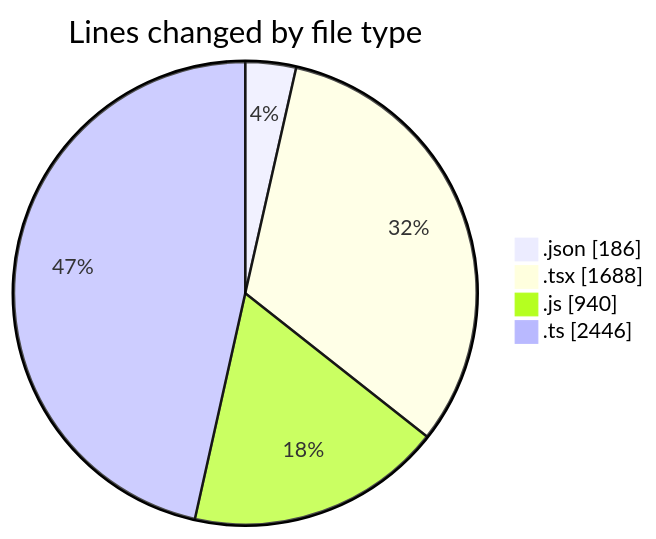
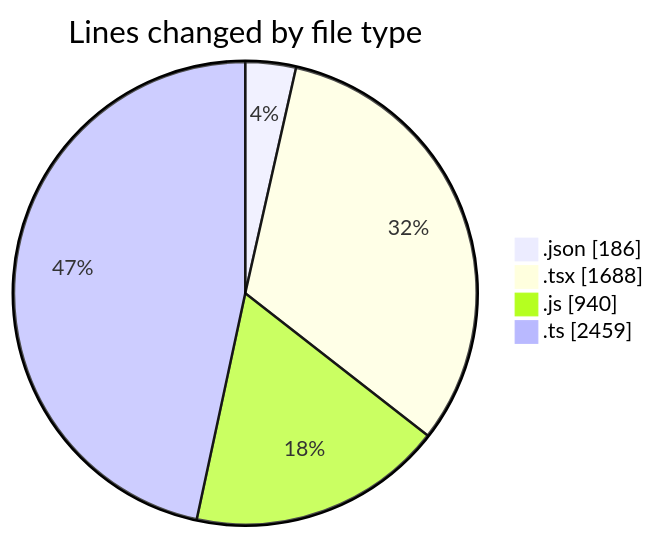
One commit to momahboobian/code-tracking changed the first of 2 diagrams in 2026-07-14/cda/README.md. Above: the diagram before and after it, drawn with Mermaid. The commit also changed other lines of this file and 1 other file, not shown here.

````diff
--- a/2026-07-14/cda/README.md
+++ b/2026-07-14/cda/README.md
@@ -46,8 +46,8 @@
 ```mermaid
 pie showData
 title Lines changed by file type
 ".json" : 186
 ".tsx" : 1688
 ".js" : 940
-".ts" : 2446
+".ts" : 2459
 ```
````
